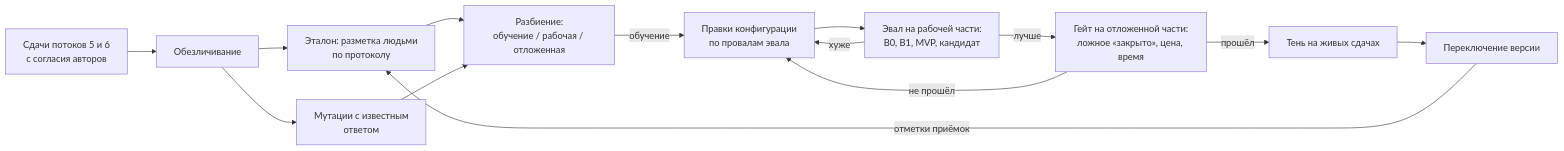
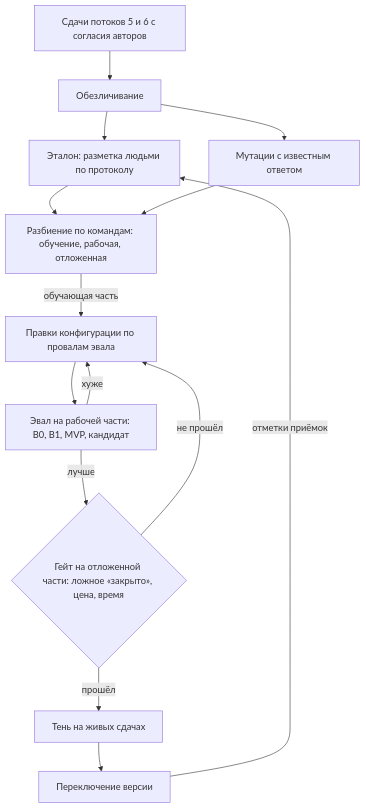
Before and after one commit to ChS23/mlsd-judge: the third of 3 diagrams in docs/ml_system_design_doc.md, drawn with Mermaid. The commit also changed other lines of this file, not shown here.

First line of the commit message:
docs: компактнее схемы MVP и цикла улучшения

````diff
--- a/docs/ml_system_design_doc.md
+++ b/docs/ml_system_design_doc.md
@@ -312,17 +312,17 @@
 ```mermaid
-flowchart LR
-    LIVE[Сдачи потоков 5 и 6<br/>с согласия авторов] --> ANON[Обезличивание]
-    ANON --> GOLD[Эталон: разметка людьми<br/>по протоколу]
-    ANON --> MUT[Мутации с известным<br/>ответом]
-    GOLD --> SPLIT[Разбиение:<br/>обучение / рабочая / отложенная]
+flowchart TB
+    LIVE[Сдачи потоков 5 и 6 с согласия авторов] --> ANON[Обезличивание]
+    ANON --> GOLD[Эталон: разметка людьми по протоколу]
+    ANON --> MUT[Мутации с известным ответом]
+    GOLD --> SPLIT[Разбиение по командам: обучение, рабочая, отложенная]
     MUT --> SPLIT
 
-    SPLIT -->|обучение| TUNE[Правки конфигурации<br/>по провалам эвала]
-    TUNE --> EVAL[Эвал на рабочей части:<br/>B0, B1, MVP, кандидат]
+    SPLIT -->|обучающая часть| TUNE[Правки конфигурации по провалам эвала]
+    TUNE --> EVAL[Эвал на рабочей части: B0, B1, MVP, кандидат]
     EVAL -->|хуже| TUNE
-    EVAL -->|лучше| GATE[Гейт на отложенной части:<br/>ложное «закрыто», цена, время]
+    EVAL -->|лучше| GATE{Гейт на отложенной части: ложное «закрыто», цена, время}
     GATE -->|не прошёл| TUNE
     GATE -->|прошёл| SHADOW[Тень на живых сдачах]
     SHADOW --> SWITCH[Переключение версии]
     SWITCH -->|отметки приёмок| GOLD
 ```
````
